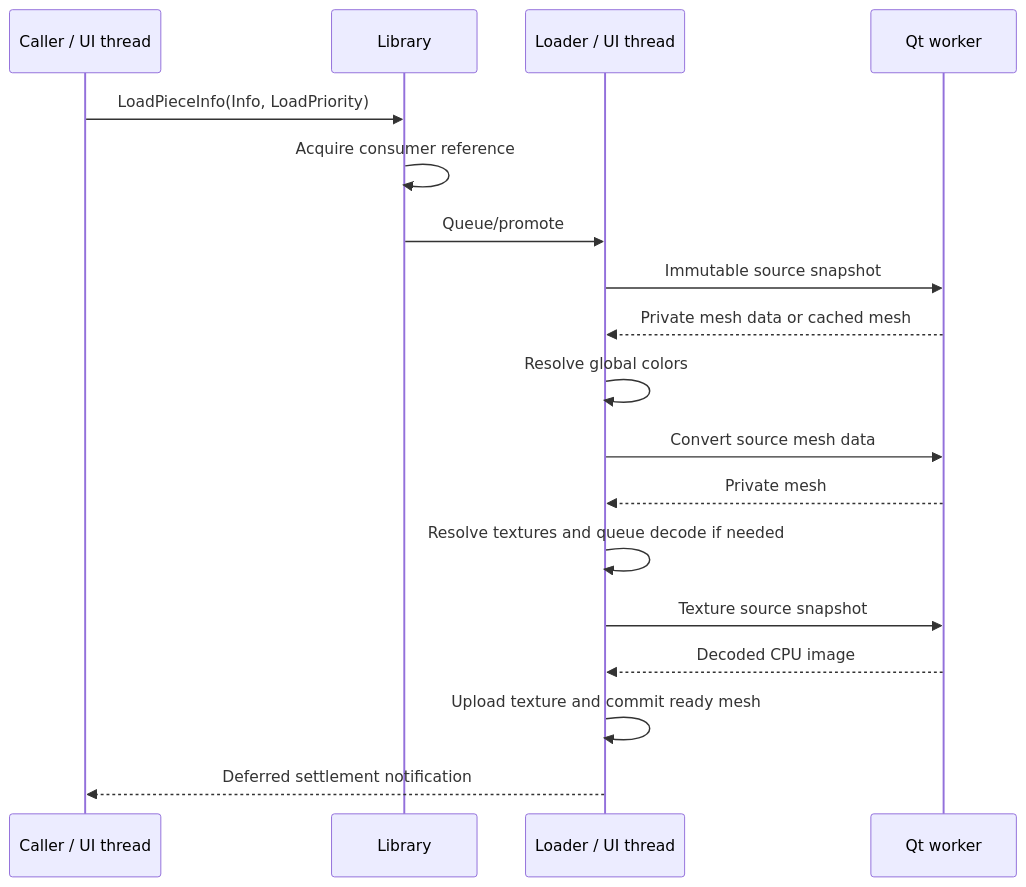
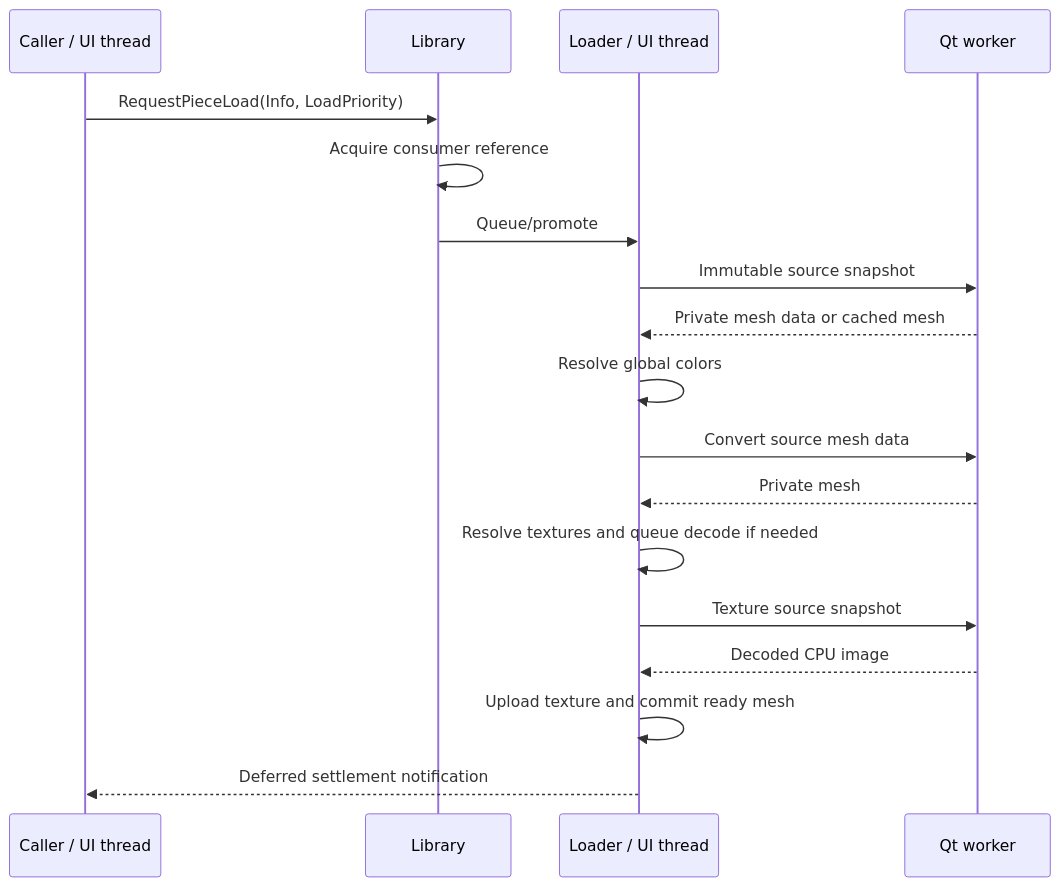
Before and after one commit to nathaneltitane/studworx: the second of 2 diagrams in docs/asset-loading.md, drawn with Mermaid. The commit also changed other lines of this file and 10 other files, not shown here.

````diff
--- a/docs/asset-loading.md
+++ b/docs/asset-loading.md
@@ -289,20 +289,20 @@
 ```mermaid
 sequenceDiagram
     participant Caller as Caller / UI thread
     participant Library as Library
     participant Loader as Loader / UI thread
     participant Worker as Qt worker
-    Caller->>Library: LoadPieceInfo(Info, LoadPriority)
+    Caller->>Library: RequestPieceLoad(Info, LoadPriority)
     Library->>Library: Acquire consumer reference
     Library->>Loader: Queue/promote
     Loader->>Worker: Immutable source snapshot
     Worker-->>Loader: Private mesh data or cached mesh
     Loader->>Loader: Resolve global colors
     Loader->>Worker: Convert source mesh data
     Worker-->>Loader: Private mesh
     Loader->>Loader: Resolve textures and queue decode if needed
     Loader->>Worker: Texture source snapshot
     Worker-->>Loader: Decoded CPU image
     Loader->>Loader: Upload texture and commit ready mesh
     Loader-->>Caller: Deferred settlement notification
 ```
````
